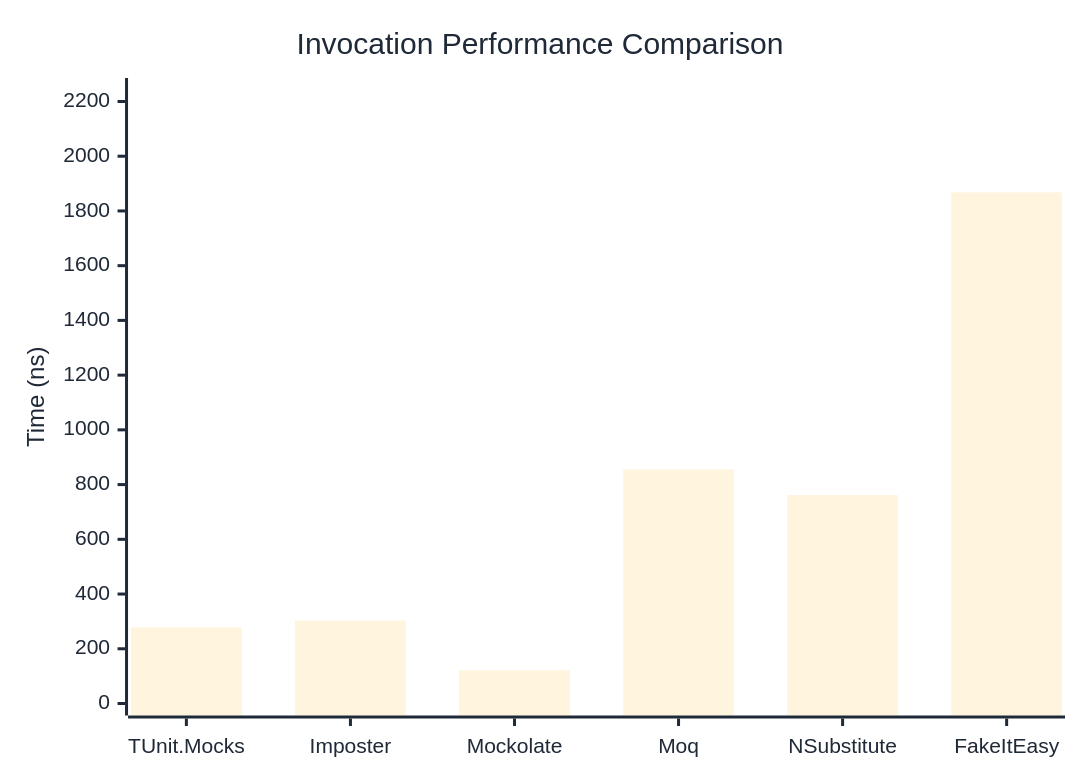
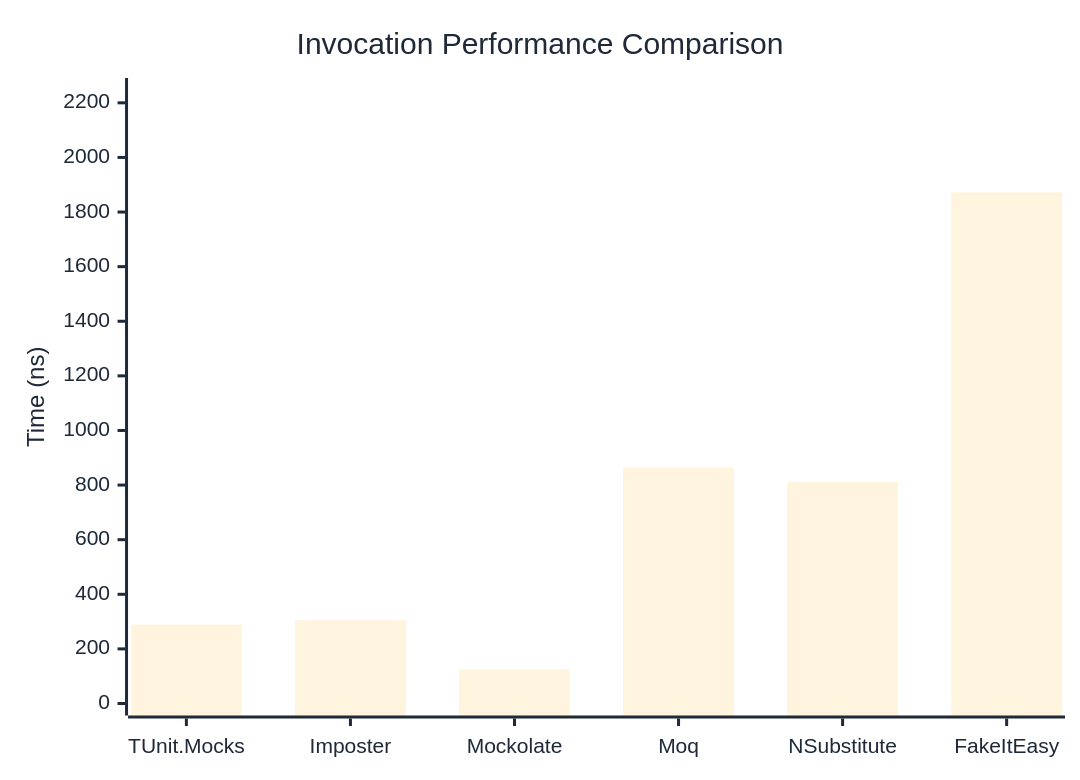
Before and after one commit to thomhurst/TUnit: the first of 3 diagrams in docs/docs/benchmarks/mocks/Invocation.md, drawn with Mermaid. The commit also changed other lines of this file and 14 other files, not shown here.

````diff
--- a/docs/docs/benchmarks/mocks/Invocation.md
+++ b/docs/docs/benchmarks/mocks/Invocation.md
@@ -30,27 +30,27 @@
 ```mermaid
 %%{init: {
   'theme':'base',
   'themeVariables': {
     'primaryColor': '#2563eb',
     'primaryTextColor': '#1f2937',
     'primaryBorderColor': '#1e40af',
     'lineColor': '#6b7280',
     'secondaryColor': '#7c3aed',
     'tertiaryColor': '#dc2626',
     'background': '#ffffff',
     'pie1': '#2563eb',
     'pie2': '#7c3aed',
     'pie3': '#dc2626',
     'pie4': '#f59e0b',
     'pie5': '#10b981',
     'pie6': '#06b6d4',
     'pie7': '#ec4899',
     'pie8': '#6366f1'
   }
 }}%%
 xychart-beta
   title "Invocation Performance Comparison"
   x-axis ["TUnit.Mocks", "Imposter", "Mockolate", "Moq", "NSubstitute", "FakeItEasy"]
-  y-axis "Time (ns)" 0 --> 2242
-  bar [277.8, 303.1, 121.4, 855.3, 761.6, 1867.9]
+  y-axis "Time (ns)" 0 --> 2247
+  bar [288.8, 304.9, 124.8, 865.1, 812.1, 1872.3]
 ```
````
